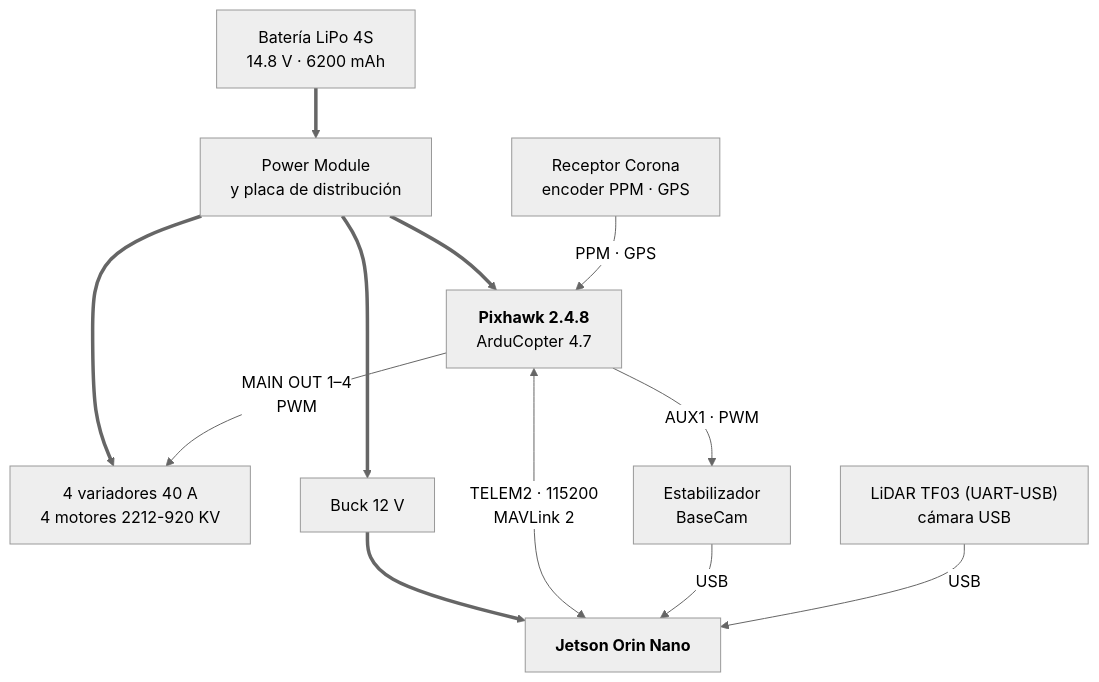
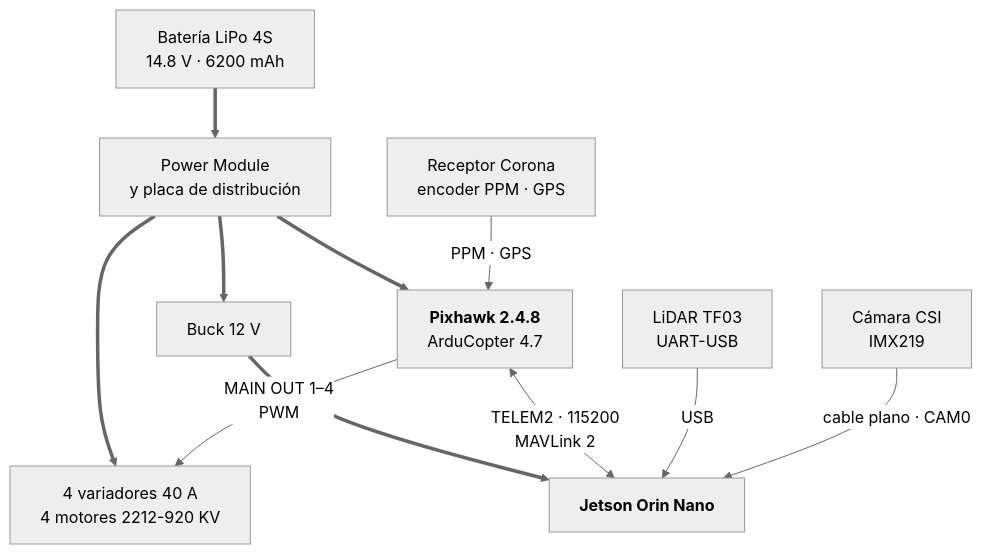
One commit to brahianorrego/Talos-AI changed the diagram in 08_EVIDENCIA_Y_DIAGRAMAS/diagramas/09_conexiones.mmd. Above: the diagram before and after it, drawn with Mermaid (neutral theme). The commit also changed 177 other files, not shown here.

```diff
--- a/08_EVIDENCIA_Y_DIAGRAMAS/diagramas/09_conexiones.mmd
+++ b/08_EVIDENCIA_Y_DIAGRAMAS/diagramas/09_conexiones.mmd
@@ -1,11 +1,10 @@
 flowchart TB
     BAT["Batería LiPo 4S<br/>14.8 V · 6200 mAh"] ==> PM["Power Module<br/>y placa de distribución"]
     PM ==> ESC["4 variadores 40 A<br/>4 motores 2212-920 KV"]
     PM ==> BUCK["Buck 12 V"] ==> JET["<b>Jetson Orin Nano</b>"]
     PM ==> PIX["<b>Pixhawk 2.4.8</b><br/>ArduCopter 4.7"]
     RX["Receptor Corona<br/>encoder PPM · GPS"] -->|"PPM · GPS"| PIX
     PIX -->|"MAIN OUT 1–4<br/>PWM"| ESC
     PIX <-->|"TELEM2 · 115200<br/>MAVLink 2"| JET
-    PIX -->|"AUX1 · PWM"| GIM["Estabilizador<br/>BaseCam"]
-    GIM -->|"USB"| JET
-    SEN["LiDAR TF03 (UART-USB)<br/>cámara USB"] -->|"USB"| JET
+    SEN["LiDAR TF03<br/>UART-USB"] -->|"USB"| JET
+    CAM["Cámara CSI<br/>IMX219"] -->|"cable plano · CAM0"| JET
```
